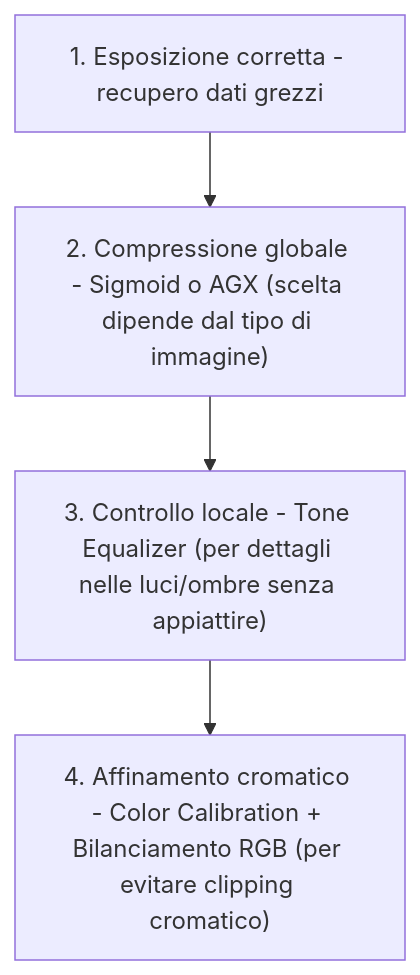
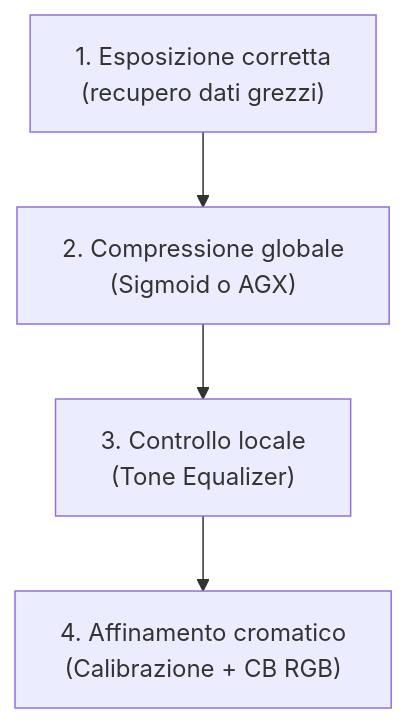
Before and after one commit to lorenzoperone/darktable-docs: the diagram in docs/workshop/hdr.md, drawn with Mermaid. The commit also changed 40 other files, not shown here.

First line of the commit message:
fix: reformatta diagrammi Mermaid — etichette brevi, break line, italiano

````diff
--- a/docs/workshop/hdr.md
+++ b/docs/workshop/hdr.md
@@ -19,4 +19,4 @@
 ```mermaid
 flowchart TD
-    A["1. Esposizione corretta - recupero dati grezzi"] --> B["2. Compressione globale - Sigmoid o AGX (scelta dipende dal tipo di immagine)"] --> C["3. Controllo locale - Tone Equalizer (per dettagli nelle luci/ombre senza appiattire)"] --> D["4. Affinamento cromatico - Color Calibration + Bilanciamento RGB (per evitare clipping cromatico)"]
+    A["1. Esposizione corretta<br/>(recupero dati grezzi)"] --> B["2. Compressione globale<br/>(Sigmoid o AGX)"] --> C["3. Controllo locale<br/>(Tone Equalizer)"] --> D["4. Affinamento cromatico<br/>(Calibrazione + CB RGB)"]
 ```
````
